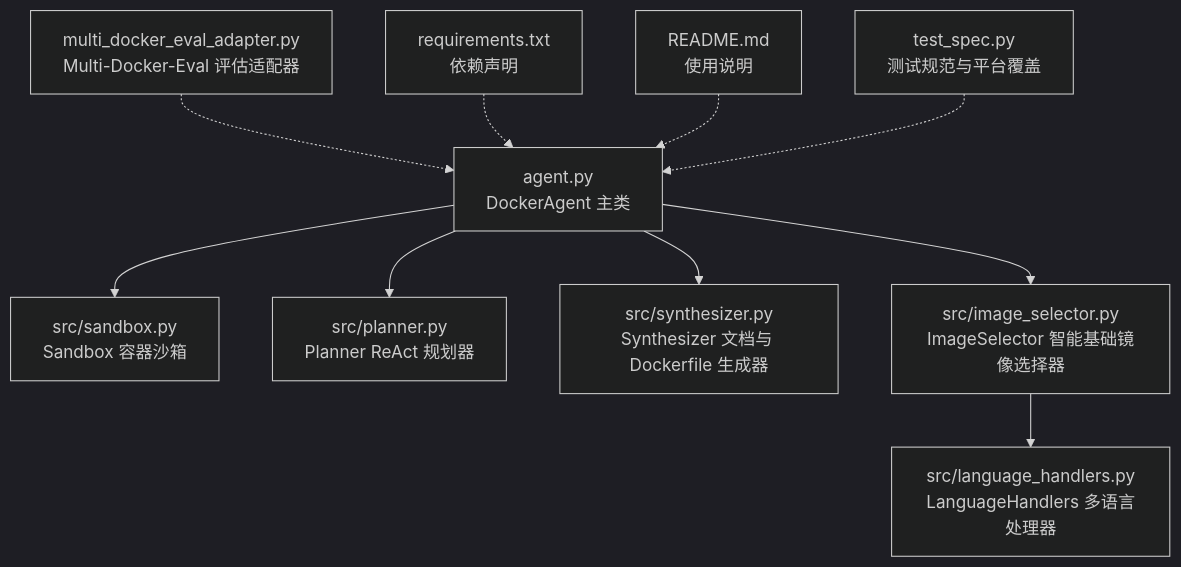
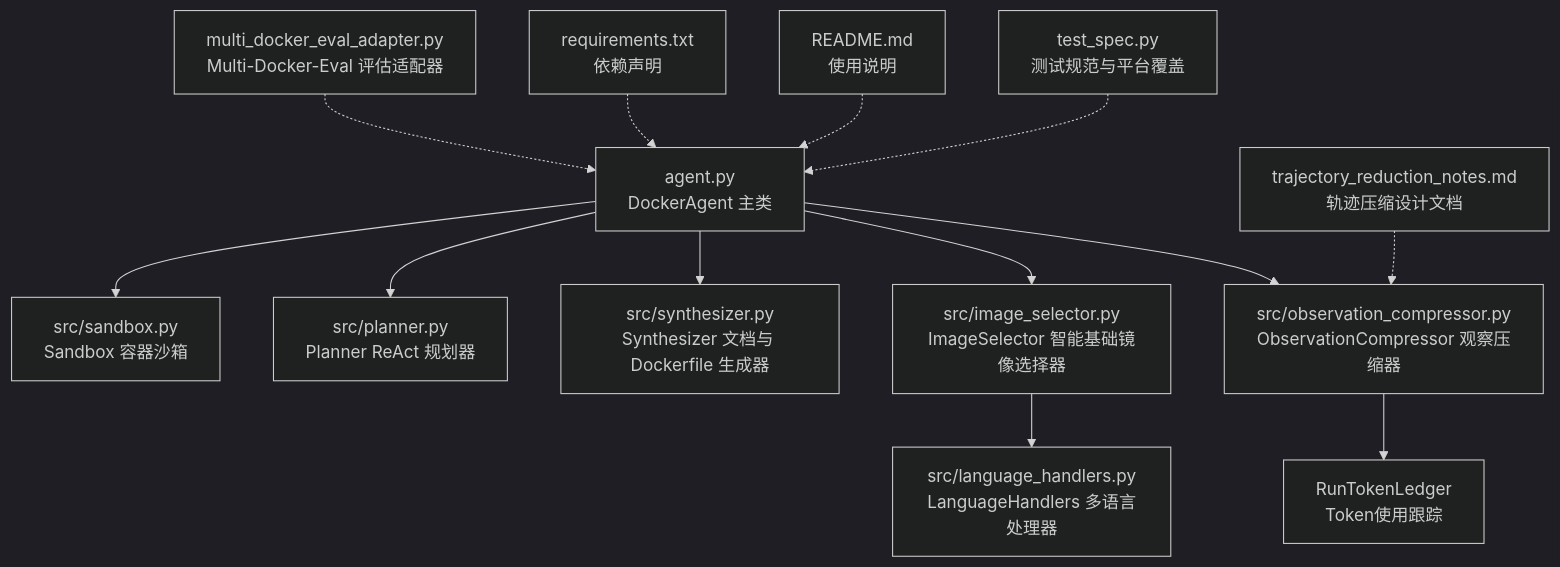
Before and after one commit to Jayint/Jayint-repo: the first of 3 diagrams in .qoder/repowiki/zh/content/核心组件/DockerAgent 主类.md, drawn with Mermaid (dark theme). The commit also changed other lines of this file and 168 other files, not shown here.

````diff
--- a/.qoder/repowiki/zh/content/核心组件/DockerAgent 主类.md
+++ b/.qoder/repowiki/zh/content/核心组件/DockerAgent 主类.md
@@ -54,12 +59,15 @@
 ```mermaid
 graph TB
 A["agent.py<br/>DockerAgent 主类"] --> B["src/sandbox.py<br/>Sandbox 容器沙箱"]
 A --> C["src/planner.py<br/>Planner ReAct 规划器"]
 A --> D["src/synthesizer.py<br/>Synthesizer 文档与 Dockerfile 生成器"]
 A --> E["src/image_selector.py<br/>ImageSelector 智能基础镜像选择器"]
+A --> OC["src/observation_compressor.py<br/>ObservationCompressor 观察压缩器"]
+OC --> RT["RunTokenLedger<br/>Token使用跟踪"]
 E --> F["src/language_handlers.py<br/>LanguageHandlers 多语言处理器"]
 G["multi_docker_eval_adapter.py<br/>Multi-Docker-Eval 评估适配器"] -.-> A
 H["requirements.txt<br/>依赖声明"] -.-> A
 I["README.md<br/>使用说明"] -.-> A
 J["test_spec.py<br/>测试规范与平台覆盖"] -.-> A
+K["trajectory_reduction_notes.md<br/>轨迹压缩设计文档"] -.-> OC
 ```
````
